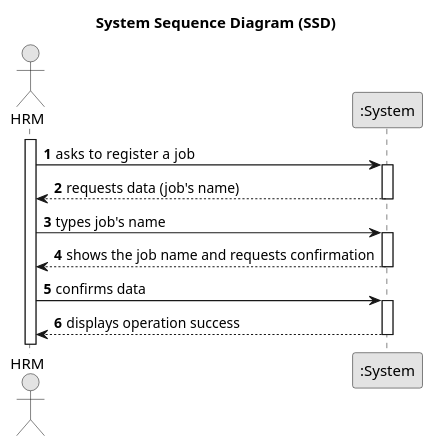
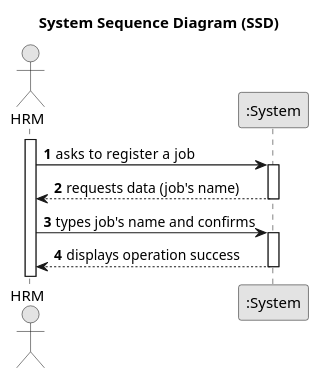
Before and after one commit to Departamento-de-Engenharia-Informatica/lei-24-s2-1do-g164: the diagram in docs/sprintB/us002/01.requirements-engineering/puml/us002-system-sequence-diagram-alternative-one.puml, drawn with PlantUML. The commit also changed 109 other files, not shown here.

```diff
--- a/docs/sprintB/us002/01.requirements-engineering/puml/us002-system-sequence-diagram-alternative-one.puml
+++ b/docs/sprintB/us002/01.requirements-engineering/puml/us002-system-sequence-diagram-alternative-one.puml
@@ -1,35 +1,29 @@
 @startuml
 skinparam monochrome true
 skinparam packageStyle rectangle
 skinparam shadowing false
 
 title System Sequence Diagram (SSD)
 
 autonumber
 
 actor "HRM" as Employee
 participant ":System" as System
 
 activate Employee
 
     Employee -> System : asks to  register a job
     activate System
 
         System --> Employee : requests data (job's name)
     deactivate System
 
-    Employee -> System : types job's name
-    activate System
-
-        System --> Employee : shows the job name and requests confirmation
-    deactivate System
-
-    Employee -> System : confirms data
+    Employee -> System : types job's name and confirms
     activate System
 
         System --> Employee : displays operation success
     deactivate System
 
 
 
 @enduml
```
